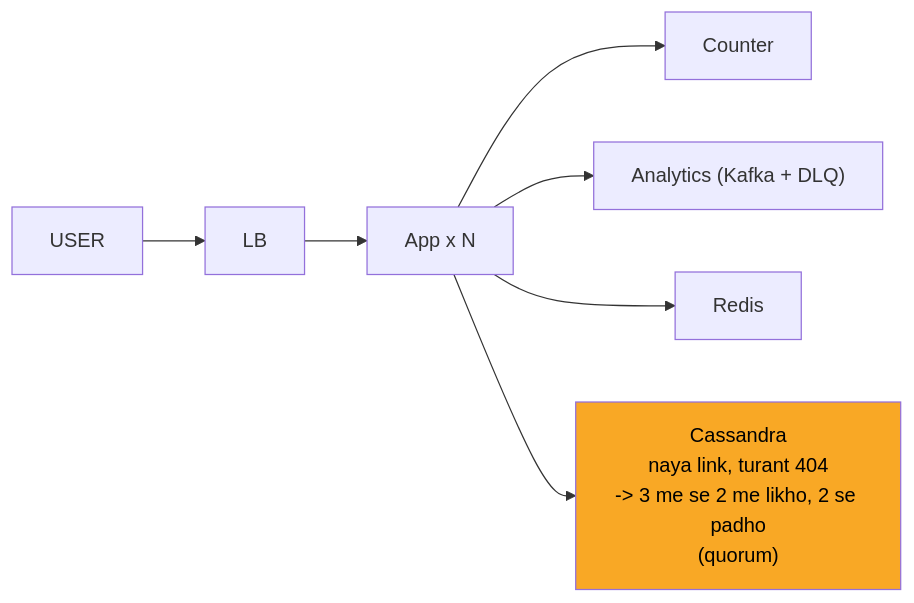
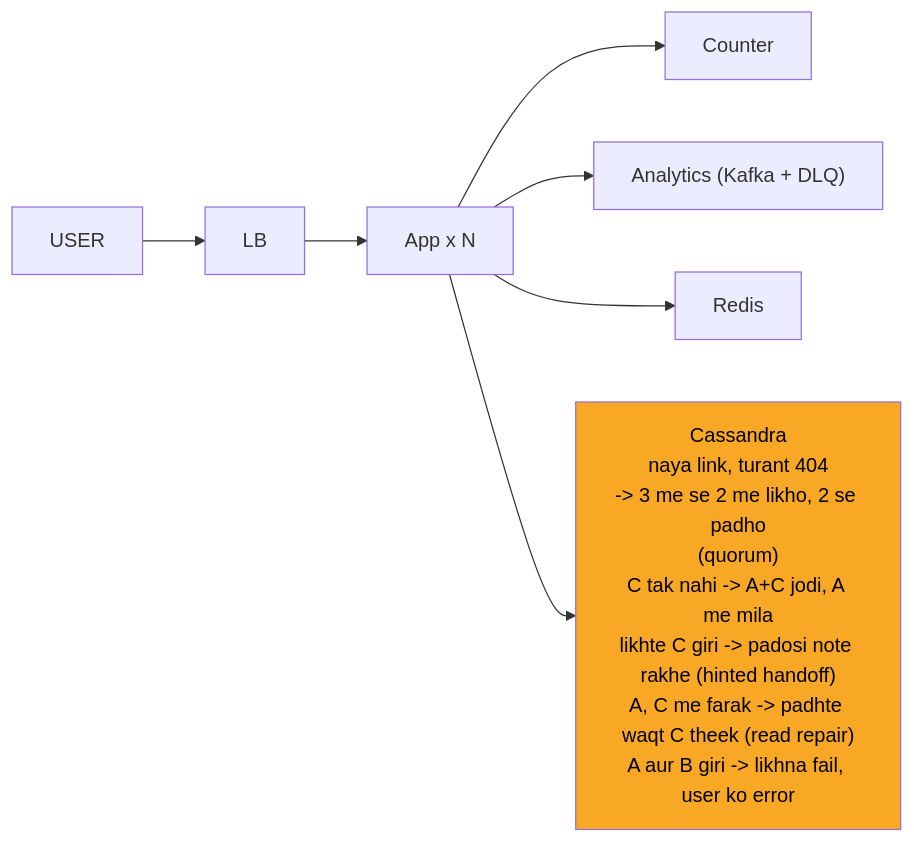
The seventh of 10 diagrams in 04_HLD/SYSTEM_DESIGNS/01_url_shortener/01_url_shortener.md (ArpanMaheshwari144/Prep), drawn with Mermaid before and after one commit. The commit also changed other lines of this file, not shown here.

Commit message:
url shortener: peele dabbe me SAFAR ke mod (diagram padhte hi sab mile)

````diff
--- a/04_HLD/SYSTEM_DESIGNS/01_url_shortener/01_url_shortener.md
+++ b/04_HLD/SYSTEM_DESIGNS/01_url_shortener/01_url_shortener.md
@@ -311,17 +311,17 @@
 ```mermaid
 flowchart LR
     n_USER["USER"]
     n_LB["LB"]
     n_App_xN["App x N"]
     n_Counter["Counter"]
     n_ANA["Analytics (Kafka + DLQ)"]
     n_Redis["Redis"]
-    n_Cassandra["Cassandra<br/>naya link, turant 404<br/>-> 3 me se 2 me likho, 2 se padho<br/>(quorum)"]
+    n_Cassandra["Cassandra<br/>naya link, turant 404<br/>-> 3 me se 2 me likho, 2 se padho<br/>(quorum)<br/>C tak nahi -> A+C jodi, A me mila<br/>likhte C giri -> padosi note rakhe (hinted handoff)<br/>A, C me farak -> padhte waqt C theek (read repair)<br/>A aur B giri -> likhna fail, user ko error"]
     n_USER --> n_LB
     n_LB --> n_App_xN
     n_App_xN --> n_Counter
     n_App_xN --> n_ANA
     n_App_xN --> n_Redis
     n_App_xN --> n_Cassandra
     style n_Cassandra fill:#f9a825,color:#000
 ```
````
